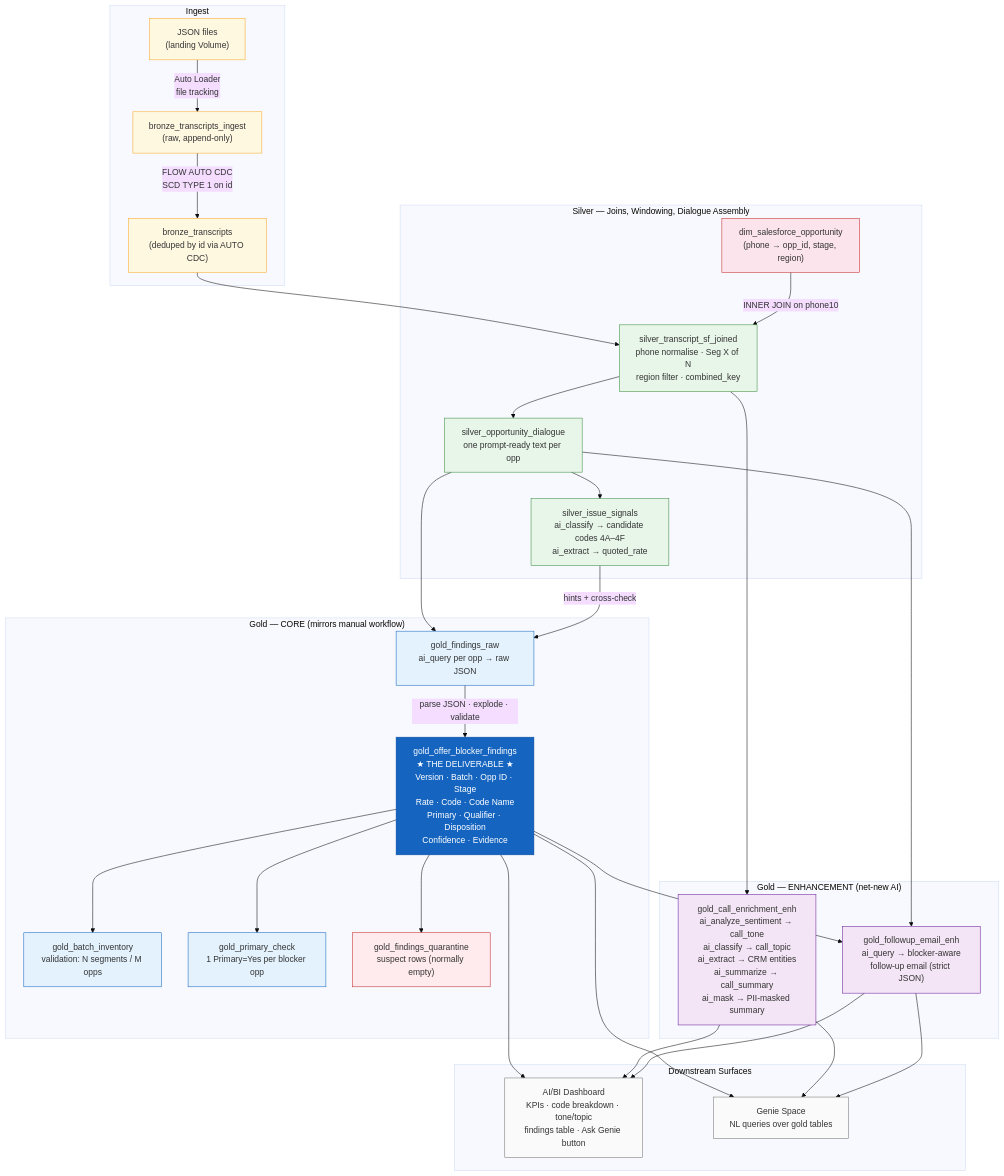
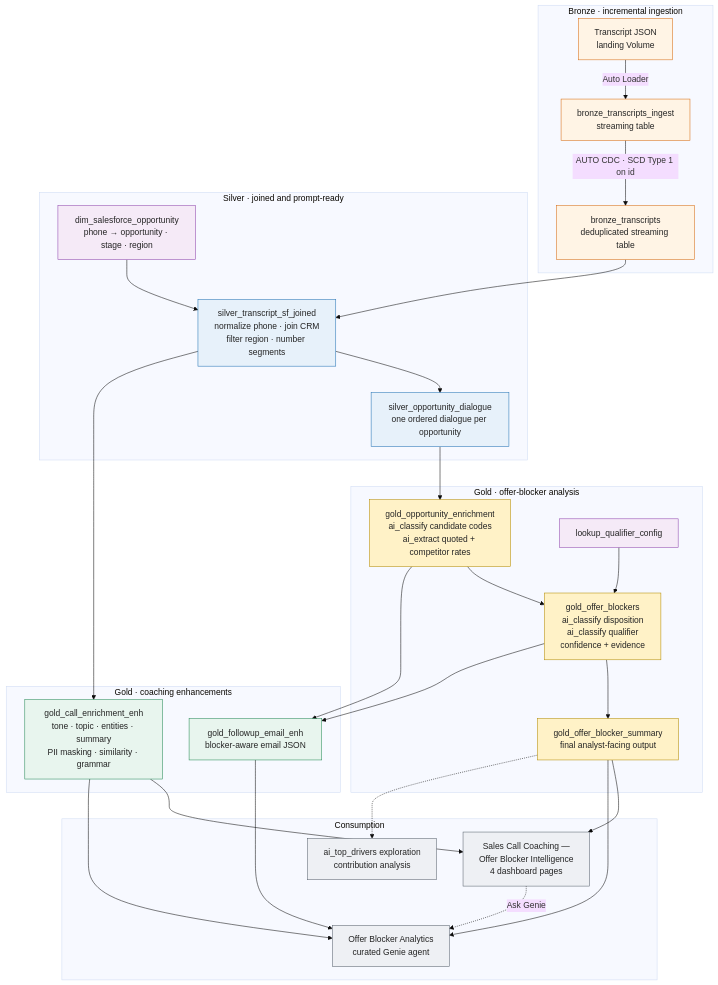
The diagram in docs/data_flow.mmd (brianlui-dbx/superior-call-transcripts), drawn with Mermaid (base theme) before and after one commit. The commit also changed 28 other files, not shown here.

```diff
--- a/docs/data_flow.mmd
+++ b/docs/data_flow.mmd
@@ -1,70 +1,65 @@
 flowchart TD
-    subgraph INGEST["Ingest"]
-        FILES["JSON files\n(landing Volume)"]
-        BT_I["bronze_transcripts_ingest\n(raw, append-only)"]
-        BT["bronze_transcripts\n(deduped by id via AUTO CDC)"]
+    subgraph INGEST["Bronze · incremental ingestion"]
+        FILES["Transcript JSON<br/>landing Volume"]
+        RAW["bronze_transcripts_ingest<br/>streaming table"]
+        BRONZE["bronze_transcripts<br/>deduplicated streaming table"]
+        FILES -->|"Auto Loader"| RAW
+        RAW -->|"AUTO CDC · SCD Type 1 on id"| BRONZE
     end
 
-    subgraph SILVER_LAYER["Silver — Joins, Windowing, Dialogue Assembly"]
-        SF["dim_salesforce_opportunity\n(phone → opp_id, stage, region)"]
-        TSF["silver_transcript_sf_joined\nphone normalise · Seg X of N\nregion filter · combined_key"]
-        OD["silver_opportunity_dialogue\none prompt-ready text per opp"]
-        IS["silver_issue_signals\nai_classify → candidate codes 4A–4F\nai_extract → quoted_rate"]
+    subgraph SILVER["Silver · joined and prompt-ready"]
+        SF["dim_salesforce_opportunity<br/>phone → opportunity · stage · region"]
+        JOINED["silver_transcript_sf_joined<br/>normalize phone · join CRM<br/>filter region · number segments"]
+        DIALOGUE["silver_opportunity_dialogue<br/>one ordered dialogue per opportunity"]
+        SF --> JOINED
+        JOINED --> DIALOGUE
     end
 
-    subgraph GOLD_CORE["Gold — CORE (mirrors manual workflow)"]
-        GFR["gold_findings_raw\nai_query per opp → raw JSON"]
-        GF["gold_offer_blocker_findings\n★ THE DELIVERABLE ★\nVersion · Batch · Opp ID · Stage\nRate · Code · Code Name\nPrimary · Qualifier · Disposition\nConfidence · Evidence"]
-        GBI["gold_batch_inventory\nvalidation: N segments / M opps"]
-        GPC["gold_primary_check\n1 Primary=Yes per blocker opp"]
-        GQ["gold_findings_quarantine\nsuspect rows (normally empty)"]
+    subgraph BLOCKERS["Gold · offer-blocker analysis"]
+        OPPS["gold_opportunity_enrichment<br/>ai_classify candidate codes<br/>ai_extract quoted + competitor rates"]
+        QUAL["lookup_qualifier_config"]
+        FINDINGS["gold_offer_blockers<br/>ai_classify disposition<br/>ai_classify qualifier<br/>confidence + evidence"]
+        SUMMARY["gold_offer_blocker_summary<br/>final analyst-facing output"]
+        OPPS --> FINDINGS
+        QUAL --> FINDINGS
+        FINDINGS --> SUMMARY
     end
 
-    subgraph GOLD_ENH["Gold — ENHANCEMENT (net-new AI)"]
-        GCE["gold_call_enrichment_enh\nai_analyze_sentiment → call_tone\nai_classify → call_topic\nai_extract → CRM entities\nai_summarize → call_summary\nai_mask → PII-masked summary"]
-        GFE["gold_followup_email_enh\nai_query → blocker-aware\nfollow-up email (strict JSON)"]
+    subgraph ENH["Gold · coaching enhancements"]
+        CALLS["gold_call_enrichment_enh<br/>tone · topic · entities · summary<br/>PII masking · similarity · grammar"]
+        EMAIL["gold_followup_email_enh<br/>blocker-aware email JSON"]
     end
 
-    subgraph DOWNSTREAM["Downstream Surfaces"]
-        DASH["AI/BI Dashboard\nKPIs · code breakdown · tone/topic\nfindings table · Ask Genie button"]
-        GENIE["Genie Space\nNL queries over gold tables"]
+    subgraph EXPERIENCE["Consumption"]
+        DASH["Sales Call Coaching —<br/>Offer Blocker Intelligence<br/>4 dashboard pages"]
+        GENIE["Offer Blocker Analytics<br/>curated Genie agent"]
+        EXPLORE["ai_top_drivers exploration<br/>contribution analysis"]
     end
 
-    FILES -->|"Auto Loader\nfile tracking"| BT_I
-    BT_I -->|"FLOW AUTO CDC\nSCD TYPE 1 on id"| BT
-    BT --> TSF
-    SF -->|"INNER JOIN on phone10"| TSF
-    TSF --> OD
-    TSF --> GCE
-    OD --> IS
-    OD --> GFR
-    IS -->|"hints + cross-check"| GFR
-    GFR -->|"parse JSON · explode · validate"| GF
-    GF --> GBI
-    GF --> GPC
-    GF --> GQ
-    GF --> GFE
-    OD --> GFE
-    GF --> DASH
-    GCE --> DASH
-    GFE --> DASH
-    GF --> GENIE
-    GCE --> GENIE
-    GFE --> GENIE
+    BRONZE --> JOINED
+    DIALOGUE --> OPPS
+    JOINED --> CALLS
+    OPPS --> EMAIL
+    FINDINGS --> EMAIL
 
-    style FILES fill:#fff8e1,stroke:#F9A825
-    style BT_I fill:#fff8e1,stroke:#F9A825
-    style BT fill:#fff8e1,stroke:#F9A825
-    style TSF fill:#e8f5e9,stroke:#388E3C
-    style OD fill:#e8f5e9,stroke:#388E3C
-    style IS fill:#e8f5e9,stroke:#388E3C
-    style SF fill:#fce4ec,stroke:#C62828
-    style GFR fill:#e3f2fd,stroke:#1565C0
-    style GF fill:#1565C0,color:#fff,stroke:#0D47A1
-    style GBI fill:#e3f2fd,stroke:#1565C0
-    style GPC fill:#e3f2fd,stroke:#1565C0
-    style GQ fill:#ffebee,stroke:#C62828
-    style GCE fill:#f3e5f5,stroke:#6A1B9A
-    style GFE fill:#f3e5f5,stroke:#6A1B9A
-    style DASH fill:#fafafa,stroke:#757575
-    style GENIE fill:#fafafa,stroke:#757575
+    SUMMARY --> DASH
+    CALLS --> DASH
+    SUMMARY --> GENIE
+    CALLS --> GENIE
+    EMAIL --> GENIE
+    SUMMARY -.-> EXPLORE
+    DASH -. "Ask Genie" .-> GENIE
+
+    classDef bronze fill:#FFF4E5,stroke:#D66B10,color:#242424
+    classDef silver fill:#E7F1FA,stroke:#2272B4,color:#242424
+    classDef reference fill:#F5EAF7,stroke:#8E44AD,color:#242424
+    classDef gold fill:#FFF2C7,stroke:#B38B00,color:#242424
+    classDef enhance fill:#E8F5EE,stroke:#268A57,color:#242424
+    classDef consume fill:#EEF0F4,stroke:#59636E,color:#242424
+
+    class FILES,RAW,BRONZE bronze
+    class JOINED,DIALOGUE silver
+    class SF,QUAL reference
+    class OPPS,FINDINGS,SUMMARY gold
+    class CALLS,EMAIL enhance
+    class DASH,GENIE,EXPLORE consume
```
